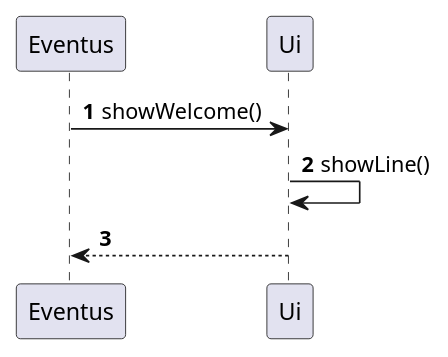
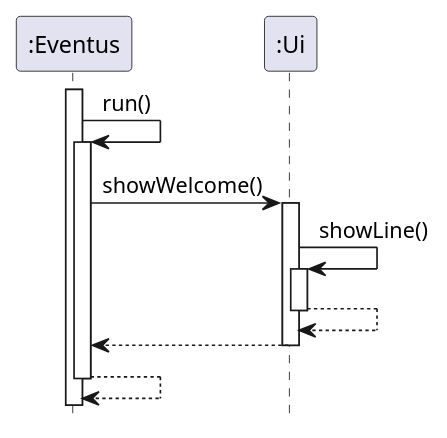
The diagram in docs/UML/Ui.puml (nus-cs2113-AY2223S2/tp), drawn with PlantUML before and after one commit. The commit also changed 2 other files, not shown here.

Commit message:
Add ui sequence diagram

```diff
--- a/docs/UML/Ui.puml
+++ b/docs/UML/Ui.puml
@@ -1,10 +1,31 @@
 @startuml
 'https://plantuml.com/sequence-diagram
 
-autonumber
+hide footbox
 
-Eventus -> Ui: showWelcome()
-Ui -> Ui: showLine()
-Eventus <-- Ui
+
+
+activate ":Eventus"
+":Eventus" -> ":Eventus" : run()
+activate ":Eventus"
+
+":Eventus" -> ":Ui" : showWelcome()
+
+activate ":Ui"
+
+    ":Ui" -> ":Ui": showLine()
+    activate ":Ui"
+
+    ":Ui" --> ":Ui":
+    deactivate ":Ui"
+
+    ":Eventus" <-- ":Ui"
+
+deactivate ":Ui"
+
+":Eventus" --> ":Eventus"
+
+deactivate ":Eventus"
+
 
 @enduml
```
